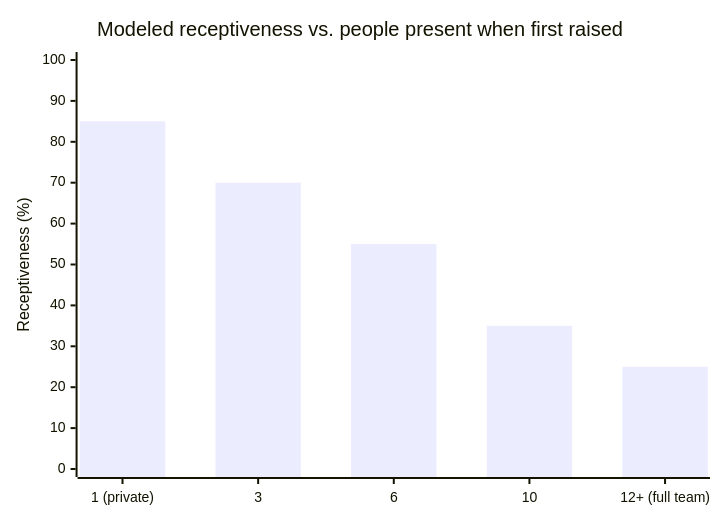
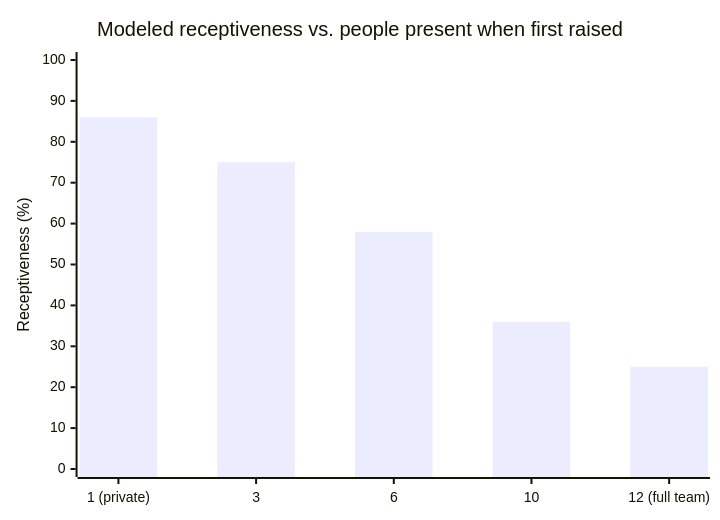
The first of 3 diagrams in src/content/business-communication/upward-disagreement/L2-concept.mdx (francoandreDev/knowledge), drawn with Mermaid before and after one commit. The commit also changed other lines of this file and 3 other files, not shown here.

````diff
--- a/src/content/business-communication/upward-disagreement/L2-concept.mdx
+++ b/src/content/business-communication/upward-disagreement/L2-concept.mdx
@@ -81,7 +87,7 @@
 ```mermaid
 xychart-beta
     title "Modeled receptiveness vs. people present when first raised"
-    x-axis ["1 (private)", "3", "6", "10", "12+ (full team)"]
+    x-axis ["1 (private)", "3", "6", "10", "12 (full team)"]
     y-axis "Receptiveness (%)" 0 --> 100
-    bar [85, 70, 55, 35, 25]
+    bar [86, 75, 58, 36, 25]
 ```
````
